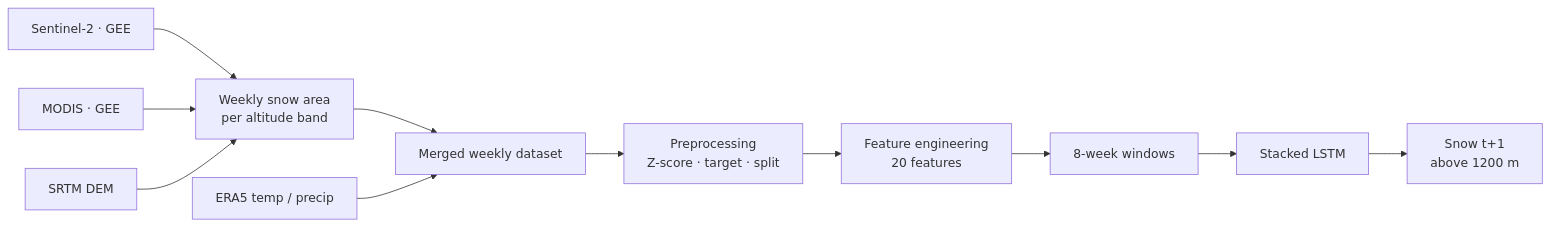
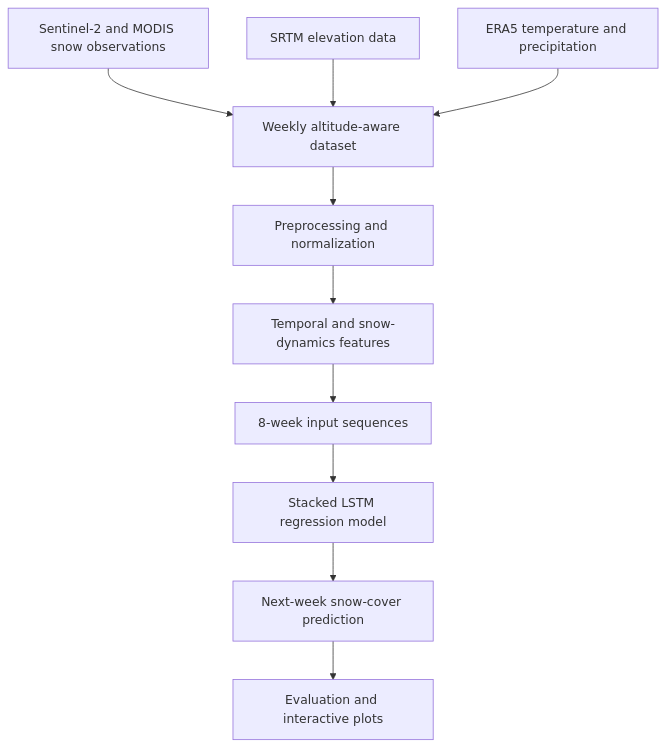
The diagram in README.md (noursag/SnowFlows), drawn with Mermaid before and after one commit. The commit also changed other lines of this file, not shown here.

Commit message:
docs: improve SnowFlows README

````diff
--- a/README.md
+++ b/README.md
@@ -46,13 +15,12 @@
 ```mermaid
-flowchart LR
-    A[Sentinel-2 · GEE] --> D[Weekly snow area<br/>per altitude band]
-    B[MODIS · GEE] --> D
-    C[SRTM DEM] --> D
-    D --> F[Merged weekly dataset]
-    E[ERA5 temp / precip] --> F
-    F --> G[Preprocessing<br/>Z-score · target · split]
-    G --> H[Feature engineering<br/>20 features]
-    H --> I[8-week windows]
-    I --> J[Stacked LSTM]
-    J --> K[Snow t+1<br/>above 1200 m]
+flowchart TD
+    A[Sentinel-2 and MODIS snow observations] --> D[Weekly altitude-aware dataset]
+    B[SRTM elevation data] --> D
+    C[ERA5 temperature and precipitation] --> D
+    D --> E[Preprocessing and normalization]
+    E --> F[Temporal and snow-dynamics features]
+    F --> G[8-week input sequences]
+    G --> H[Stacked LSTM regression model]
+    H --> I[Next-week snow-cover prediction]
+    I --> J[Evaluation and interactive plots]
 ```
````
